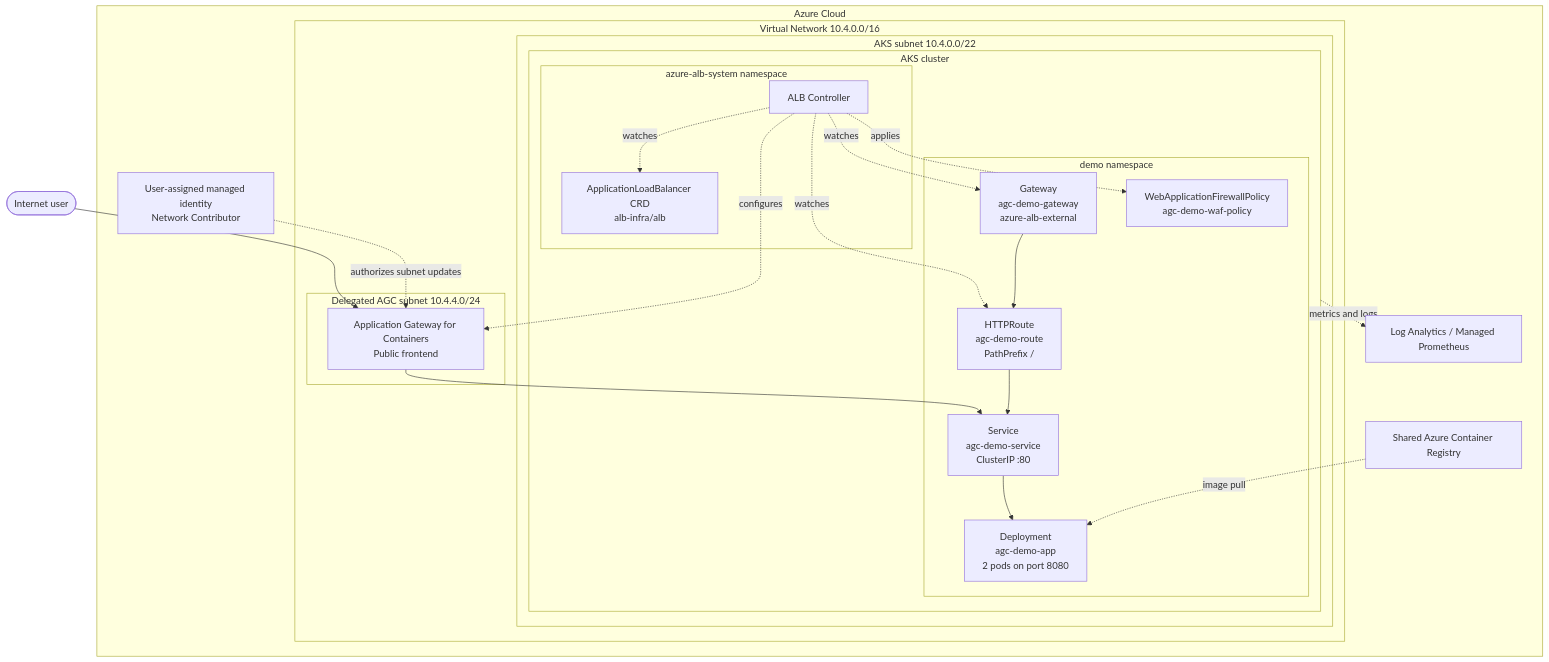
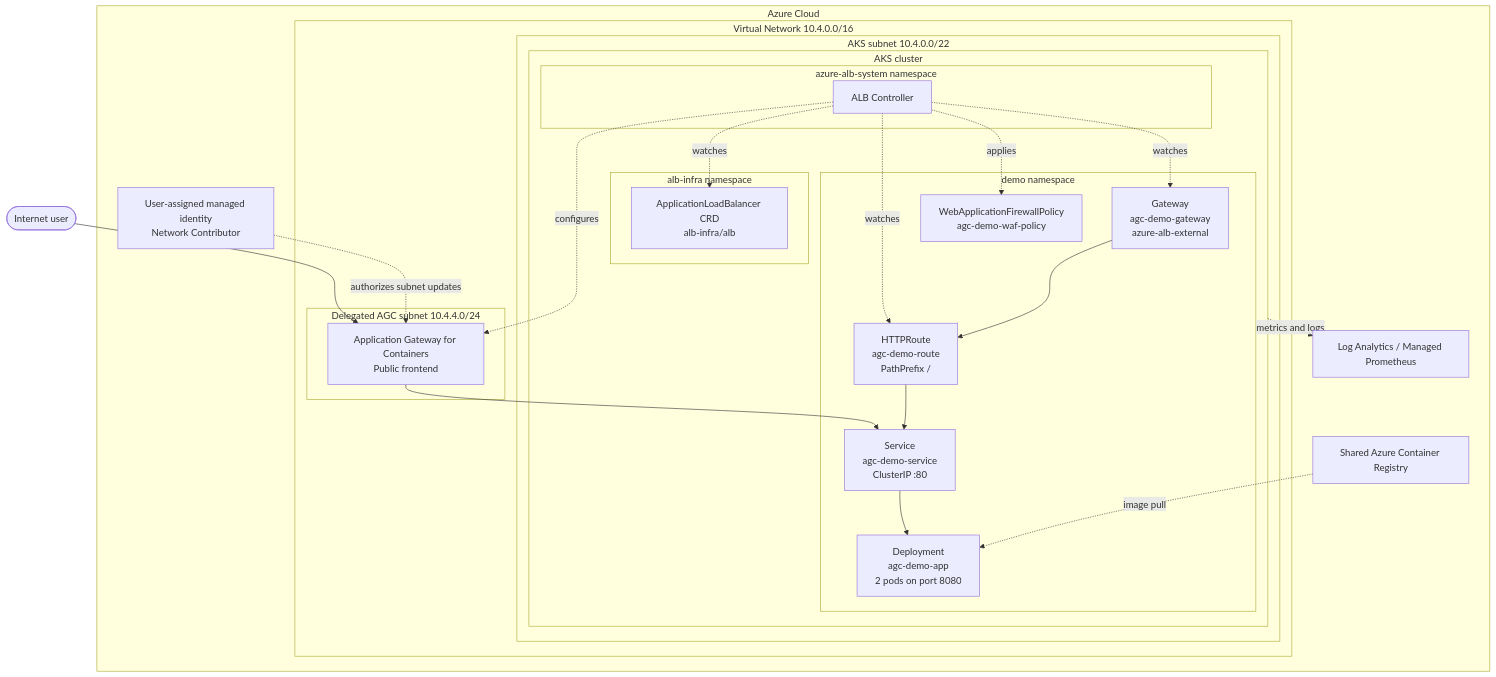
One commit to johankardell/aksingress2026 changed the diagram in 03-agc-for-containers/architecture.mermaid.md. Above: the diagram before and after it, drawn with Mermaid. The commit also changed 10 other files, not shown here.

````diff
--- a/03-agc-for-containers/architecture.mermaid.md
+++ b/03-agc-for-containers/architecture.mermaid.md
@@ -5,47 +5,49 @@
 ```mermaid
 flowchart TD
     user([Internet user]) --> agc[Application Gateway for Containers\nPublic frontend]
 
     subgraph azure[Azure Cloud]
         subgraph vnet[Virtual Network 10.4.0.0/16]
             subgraph agcSubnet[Delegated AGC subnet 10.4.4.0/24]
                 agc
             end
 
             subgraph aksSubnet[AKS subnet 10.4.0.0/22]
                 subgraph aks[AKS cluster]
                     subgraph albNs[azure-alb-system namespace]
                         controller[ALB Controller]
+                    end
+                    subgraph albInfraNs[alb-infra namespace]
                         albCrd[ApplicationLoadBalancer CRD\nalb-infra/alb]
                     end
 
                     subgraph demoNs[demo namespace]
                         gateway[Gateway\nagc-demo-gateway\nazure-alb-external]
                         route[HTTPRoute\nagc-demo-route\nPathPrefix /]
                         waf[WebApplicationFirewallPolicy\nagc-demo-waf-policy]
                         service[Service\nagc-demo-service\nClusterIP :80]
                         pods[Deployment\nagc-demo-app\n2 pods on port 8080]
                     end
                 end
             end
         end
 
         identity[User-assigned managed identity\nNetwork Contributor]
         acr[Shared Azure Container Registry]
         logs[Log Analytics / Managed Prometheus]
     end
 
     agc --> service
     service --> pods
 
     controller -. watches .-> albCrd
     controller -. watches .-> gateway
     controller -. watches .-> route
     controller -. applies .-> waf
     controller -. configures .-> agc
     gateway --> route
     route --> service
     identity -. authorizes subnet updates .-> agc
     acr -. image pull .-> pods
     aks -. metrics and logs .-> logs
 ```
````
